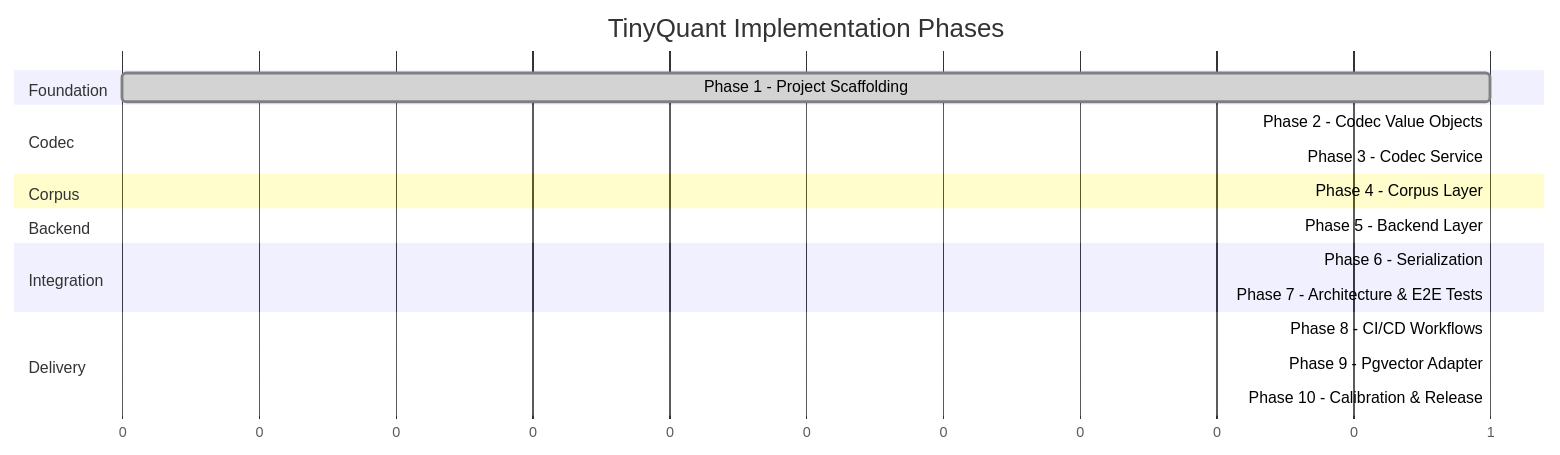
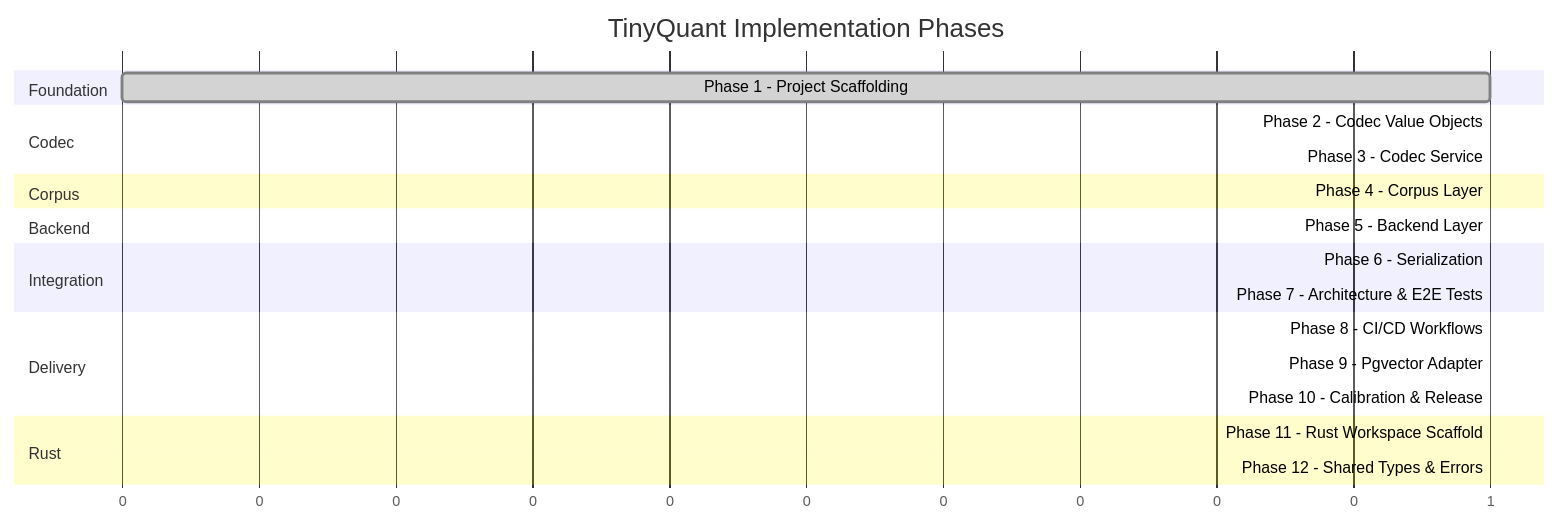
Before and after one commit to better-with-models/TinyQuant: the diagram in docs/roadmap.md, drawn with Mermaid. The commit also changed other lines of this file and 2 other files, not shown here.

Commit message:
docs: mark Phase 11 complete in roadmap and log

````diff
--- a/docs/roadmap.md
+++ b/docs/roadmap.md
@@ -21,22 +21,25 @@
 ```mermaid
 gantt
     title TinyQuant Implementation Phases
     dateFormat X
     axisFormat %s
     section Foundation
         Phase 1 - Project Scaffolding       :done, p1, 0, 1
     section Codec
         Phase 2 - Codec Value Objects       :done, p2, after p1, 1
         Phase 3 - Codec Service             :done, p3, after p2, 1
     section Corpus
         Phase 4 - Corpus Layer              :done, p4, after p3, 1
     section Backend
         Phase 5 - Backend Layer             :done, p5, after p4, 1
     section Integration
         Phase 6 - Serialization             :done, p6, after p5, 1
         Phase 7 - Architecture & E2E Tests  :done, p7, after p6, 1
     section Delivery
         Phase 8 - CI/CD Workflows           :done, p8, after p7, 1
         Phase 9 - Pgvector Adapter          :done, p9, after p8, 1
         Phase 10 - Calibration & Release    :done, p10, after p9, 1
+    section Rust
+        Phase 11 - Rust Workspace Scaffold  :done, p11, after p10, 1
+        Phase 12 - Shared Types & Errors    :active, p12, after p11, 1
 ```
````
